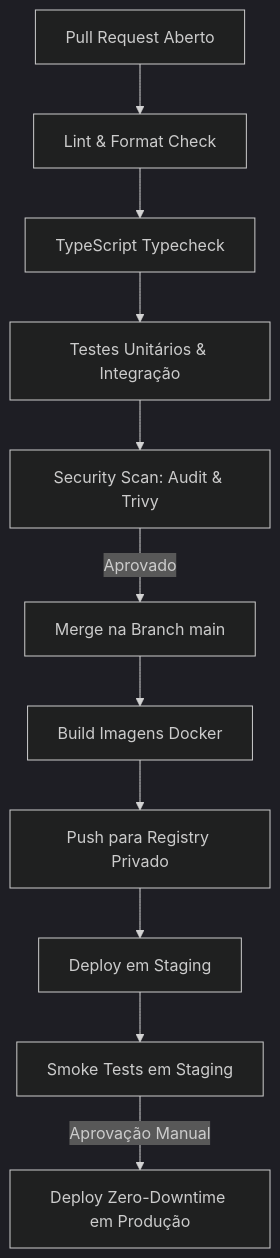
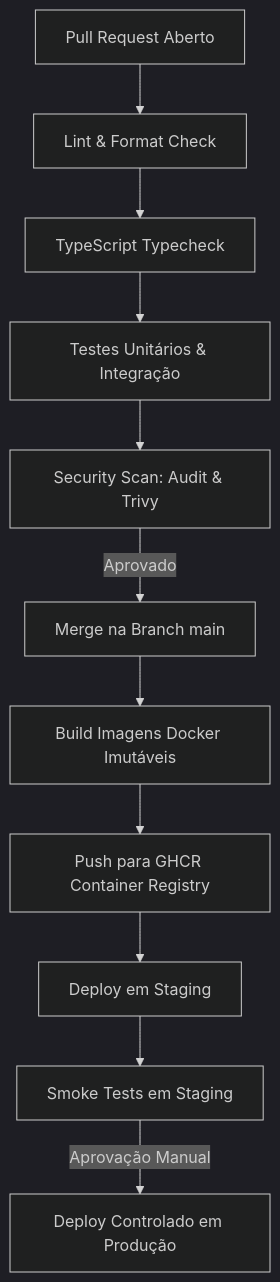
The diagram in docs/planejamento/20-CI-CD-VERSIONAMENTO-RELEASE-E-ROLLBACK.md (lyvoxconsult/lyvoxcorp), drawn with Mermaid (dark theme) before and after one commit. The commit also changed other lines of this file and 28 other files, not shown here.

````diff
--- a/docs/planejamento/20-CI-CD-VERSIONAMENTO-RELEASE-E-ROLLBACK.md
+++ b/docs/planejamento/20-CI-CD-VERSIONAMENTO-RELEASE-E-ROLLBACK.md
@@ -28,15 +28,15 @@
 ```mermaid
 graph TD
     PR[Pull Request Aberto] --> Step1[Lint & Format Check]
     Step1 --> Step2[TypeScript Typecheck]
     Step2 --> Step3[Testes Unitários & Integração]
     Step3 --> Step4[Security Scan: Audit & Trivy]
     
     Step4 -->|Aprovado| Merge[Merge na Branch main]
     
-    Merge --> Step5[Build Imagens Docker]
-    Step5 --> Step6[Push para Registry Privado]
+    Merge --> Step5[Build Imagens Docker Imutáveis]
+    Step5 --> Step6[Push para GHCR Container Registry]
     Step6 --> Step7[Deploy em Staging]
     Step7 --> Step8[Smoke Tests em Staging]
-    Step8 -->|Aprovação Manual| Step9[Deploy Zero-Downtime em Produção]
+    Step8 -->|Aprovação Manual| Step9[Deploy Controlado em Produção]
 ```
````
